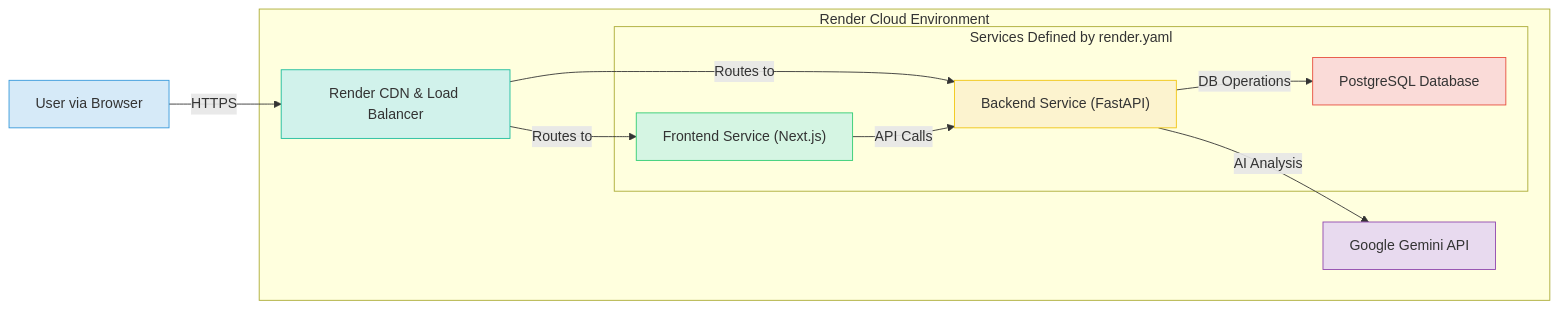
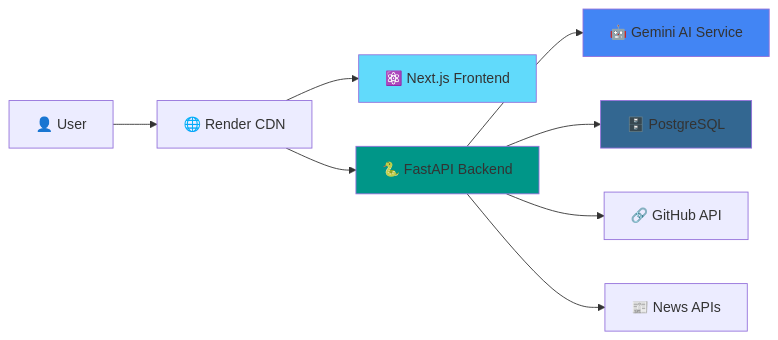
One commit to ivanintech/ivanintech changed the diagram in README.md. Above: the diagram before and after it, drawn with Mermaid. The commit also changed other lines of this file and 83 other files, not shown here.

````diff
--- a/README.md
+++ b/README.md
@@ -72,26 +70,16 @@
 ```mermaid
 graph LR
-    User["User via Browser"] -- HTTPS --> RenderCDN["Render CDN & Load Balancer"]
+    User["👤 User"] --> CDN["🌐 Render CDN"]
+    CDN --> Frontend["⚛️ Next.js Frontend"]
+    CDN --> Backend["🐍 FastAPI Backend"]
     
-    subgraph "Render Cloud Environment"
-        RenderCDN -- Routes to --> FrontendSvc["Frontend Service (Next.js)"]
-        RenderCDN -- Routes to --> BackendSvc["Backend Service (FastAPI)"]
-        
-        subgraph "Services Defined by render.yaml"
-            PostgresDB["PostgreSQL Database"]
-            BackendSvc
-            FrontendSvc
-        end
-
-        FrontendSvc -- API Calls --> BackendSvc
-        BackendSvc -- DB Operations --> PostgresDB
-        BackendSvc -- AI Analysis --> GeminiAPI["Google Gemini API"]
-    end
-
-    style User fill:#D6EAF8,stroke:#3498DB
-    style FrontendSvc fill:#D5F5E3,stroke:#2ECC71
-    style BackendSvc fill:#FCF3CF,stroke:#F1C40F
-    style PostgresDB fill:#FADBD8,stroke:#E74C3C
-    style GeminiAPI fill:#E8DAEF,stroke:#8E44AD
-    style RenderCDN fill:#D1F2EB,stroke:#1ABC9C
+    Backend --> AI["🤖 Gemini AI Service"]
+    Backend --> DB["🗄️ PostgreSQL"]
+    Backend --> GitHub["🔗 GitHub API"]
+    Backend --> News["📰 News APIs"]
+    
+    style Frontend fill:#61dafb
+    style Backend fill:#009688
+    style AI fill:#4285f4
+    style DB fill:#336791
 ```
````
